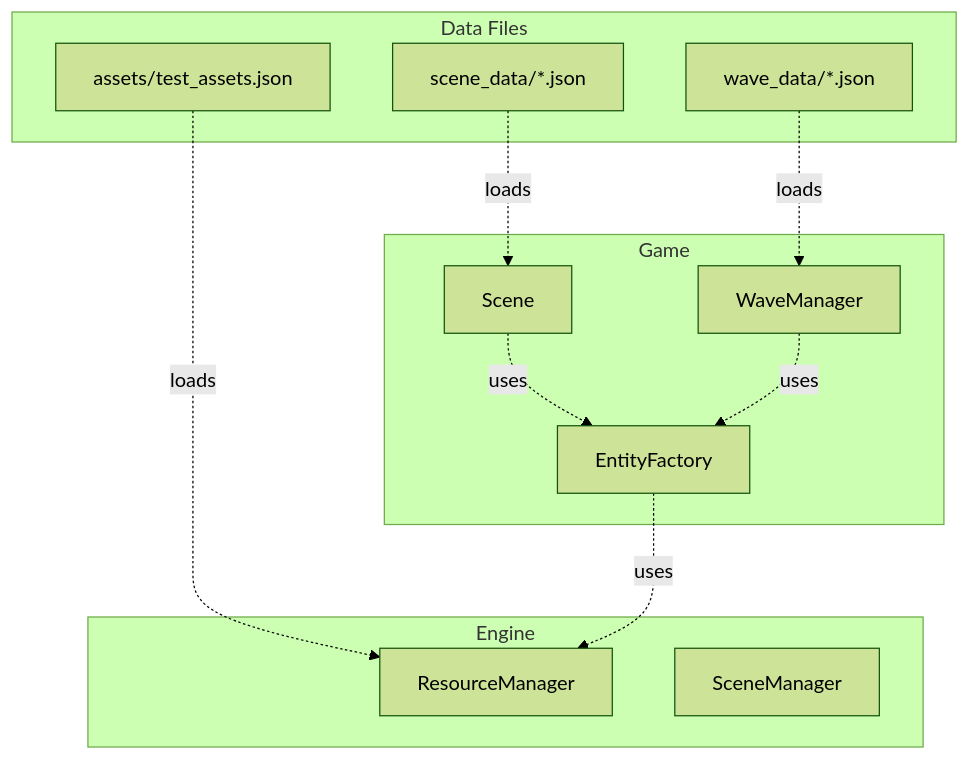
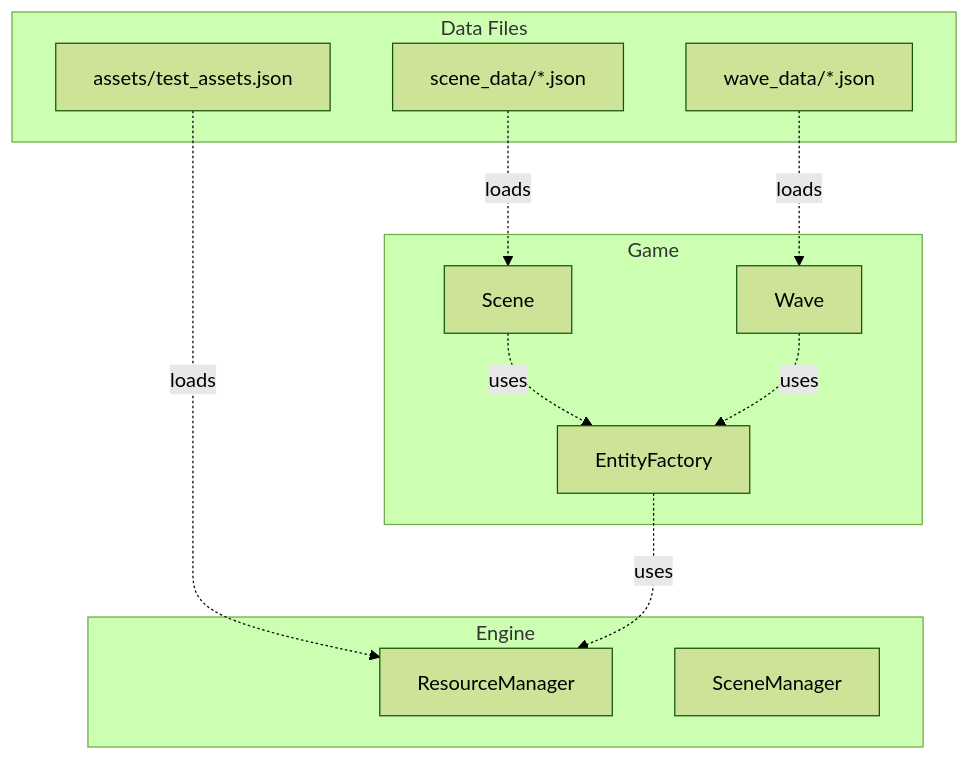
The fifth of 5 diagrams in docs/architecture.md (Siegward-of-Catarina/ShootingGame), drawn with Mermaid (forest theme) before and after one commit. The commit also changed other lines of this file, not shown here.

First line of the commit message:
Refactor Wave Management in architecture diagram

````diff
--- a/docs/architecture.md
+++ b/docs/architecture.md
@@ -170,27 +171,27 @@
 ```mermaid
 graph TB
     subgraph "Data Files"
         SD[scene_data/*.json]
         WD[wave_data/*.json]
         AD[assets/test_assets.json]
     end
     
     subgraph "Engine"
         RM[ResourceManager]
         SM[SceneManager]
     end
     
     subgraph "Game"
         Scene[Scene]
-        WM[WaveManager]
+        WM[Wave]
         EF[EntityFactory]
     end
     
     AD -.loads.-> RM
     SD -.loads.-> Scene
     WD -.loads.-> WM
     
     Scene -.uses.-> EF
     WM -.uses.-> EF
     EF -.uses.-> RM
 ```
````
